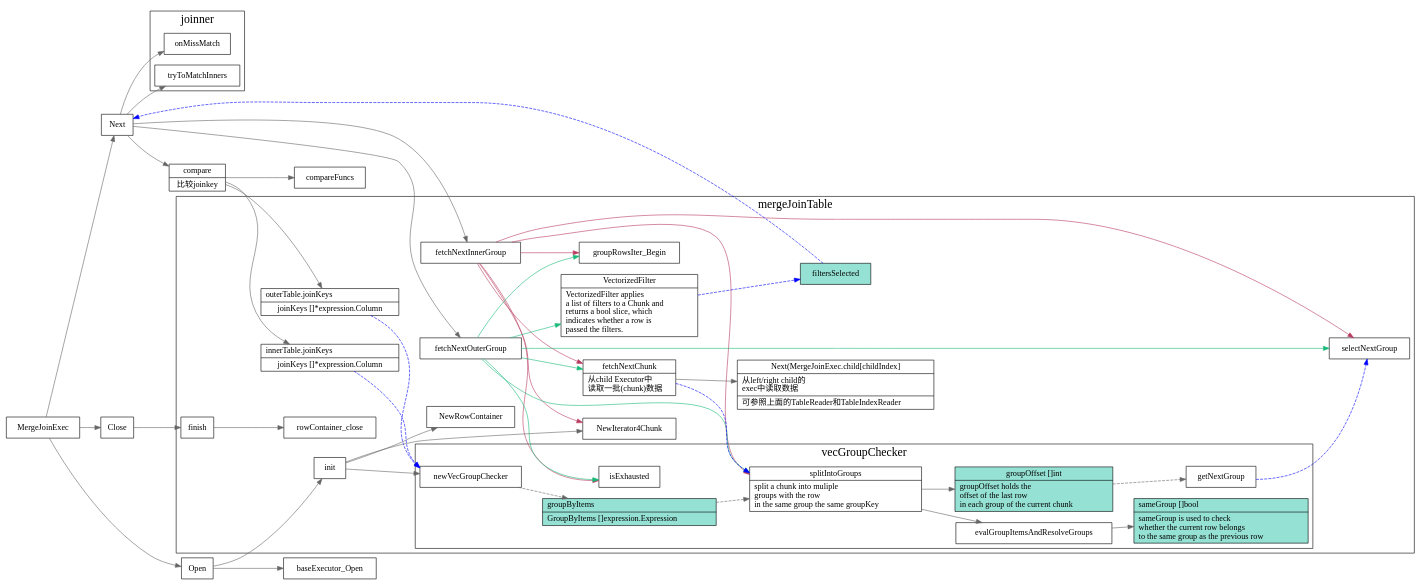
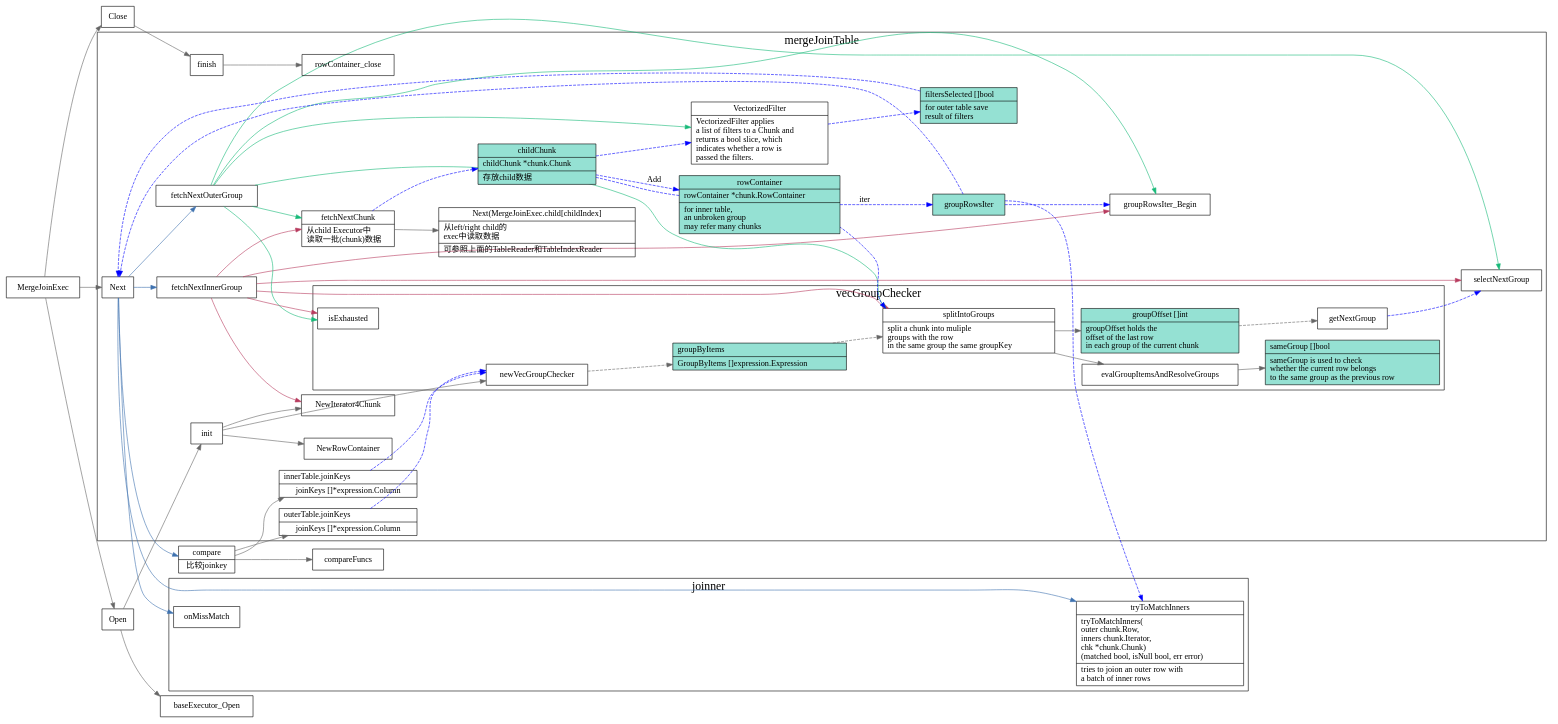
Before and after one commit to xieyu/blog: the diagram in src/tidb/dot/merge-join.dot, drawn with Graphviz. The commit also changed 47 other files, not shown here.

```diff
--- a/src/tidb/dot/merge-join.dot
+++ b/src/tidb/dot/merge-join.dot
@@ -15,7 +15,7 @@
     compare;
     onMissMatch;
     tryToMatchInners;
-  }
+  }[color="#3f72af"];
 
   compare -> {
     compareFuncs;
@@ -132,6 +132,16 @@
     fetchNextChunk -> {
       Next_MergeJoinExec_child_childIndex;
     }
+    childChunk[
+      shape=record;
+      style=filled;
+      fillcolor="#95e1d3"
+      label="{{
+        childChunk|
+          childChunk *chunk.Chunk\l|
+          存放child数据\l
+      }}"
+    ];
     Next_MergeJoinExec_child_childIndex[
       shape="record";
       label="{{
@@ -168,7 +178,29 @@
       style=filled;
       fillcolor="#95e1d3"
       label="{{
-        filtersSelected
+	      filtersSelected []bool\l|
+        for outer table save\l 
+        result of filters\l
+      }}"
+    ];
+    rowContainer[
+      shape=record;
+      style=filled;
+      fillcolor="#95e1d3"
+      label="{{
+        rowContainer|
+	        rowContainer *chunk.RowContainer\l|
+	          for inner table,\l
+            an unbroken group\l 
+            may refer many chunks\l
+      }}"
+    ];
+    groupRowsIter[
+      shape=record;
+      style=filled;
+      fillcolor="#95e1d3"
+      label="{{
+        groupRowsIter
       }}"
     ];
 
@@ -179,14 +211,34 @@
       outerTable_joinKeys;
     } -> newVecGroupChecker;
     getNextGroup -> selectNextGroup;
-    fetchNextChunk -> splitIntoGroups;
+    fetchNextChunk -> childChunk -> splitIntoGroups;
+    childChunk -> VectorizedFilter;
+    childChunk -> rowContainer[label=Add];
+    rowContainer -> groupRowsIter[label=iter];
+    groupRowsIter -> groupRowsIter_Begin;
+    groupRowsIter -> Next;
   }
-  edge[style=dashed;color=blue]
-  filtersSelected -> Next;
+
 
   subgraph cluster_joinner {
     graph[label="joinner";fontsize=20;];
     onMissMatch;
     tryToMatchInners;
+    tryToMatchInners[
+      shape="record";
+      label="{{
+        tryToMatchInners|
+          tryToMatchInners(\l 
+            outer chunk.Row,\l
+            inners chunk.Iterator,\l 
+            chk *chunk.Chunk)\l 
+            (matched bool, isNull bool, err error)\l|
+          tries to joion an outer row with\l 
+          a batch of inner rows\l
+      }}"];
   }
+
+  edge[style=dashed;color=blue]
+  filtersSelected -> Next;
+  groupRowsIter -> tryToMatchInners;
 }
```
